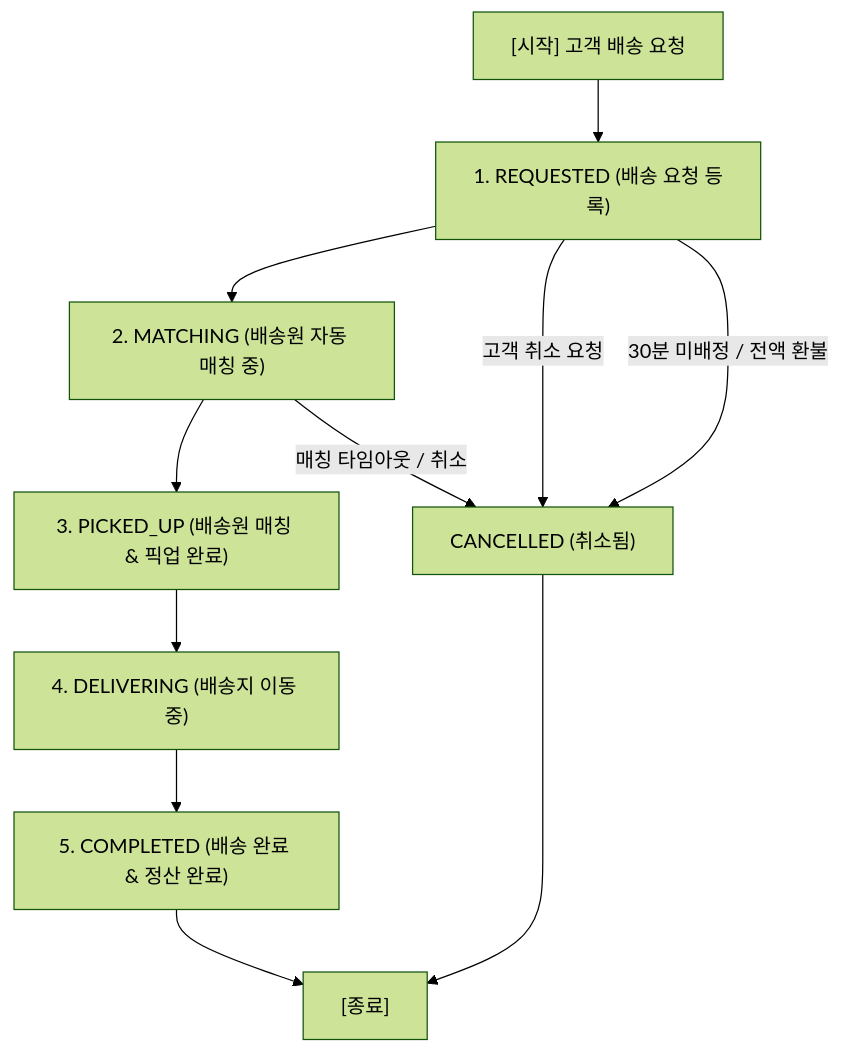
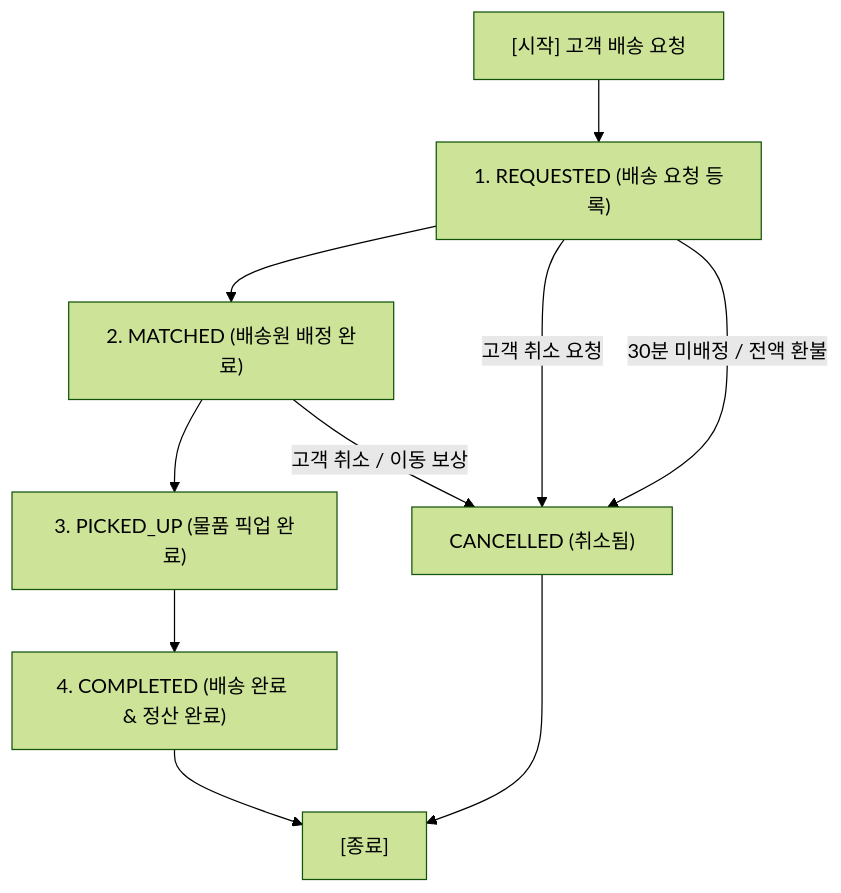
The diagram in docs/design/배송-상태-전이도.md (ShinhanDSProject/shinhan-delivery), drawn with Mermaid (forest theme) before and after one commit. The commit also changed other lines of this file and 8 other files, not shown here.

````diff
--- a/docs/design/배송-상태-전이도.md
+++ b/docs/design/배송-상태-전이도.md
@@ -15,15 +15,14 @@
 ```mermaid
 graph TD
     Node_Start["[시작] 고객 배송 요청"] --> State_Requested["1. REQUESTED (배송 요청 등록)"]
-    State_Requested --> State_Matching["2. MATCHING (배송원 자동 매칭 중)"]
-    State_Matching --> State_PickedUp["3. PICKED_UP (배송원 매칭 & 픽업 완료)"]
-    State_PickedUp --> State_Delivering["4. DELIVERING (배송지 이동 중)"]
-    State_Delivering --> State_Completed["5. COMPLETED (배송 완료 & 정산 완료)"]
+    State_Requested --> State_Matched["2. MATCHED (배송원 배정 완료)"]
+    State_Matched --> State_PickedUp["3. PICKED_UP (물품 픽업 완료)"]
+    State_PickedUp --> State_Completed["4. COMPLETED (배송 완료 & 정산 완료)"]
 
     State_Requested -- "고객 취소 요청" --> State_Cancelled["CANCELLED (취소됨)"]
     State_Requested -- "30분 미배정 / 전액 환불" --> State_Cancelled
-    State_Matching -- "매칭 타임아웃 / 취소" --> State_Cancelled
+    State_Matched -- "고객 취소 / 이동 보상" --> State_Cancelled
 
     State_Completed --> Node_End["[종료]"]
     State_Cancelled --> Node_End["[종료]"]
 ```
````
